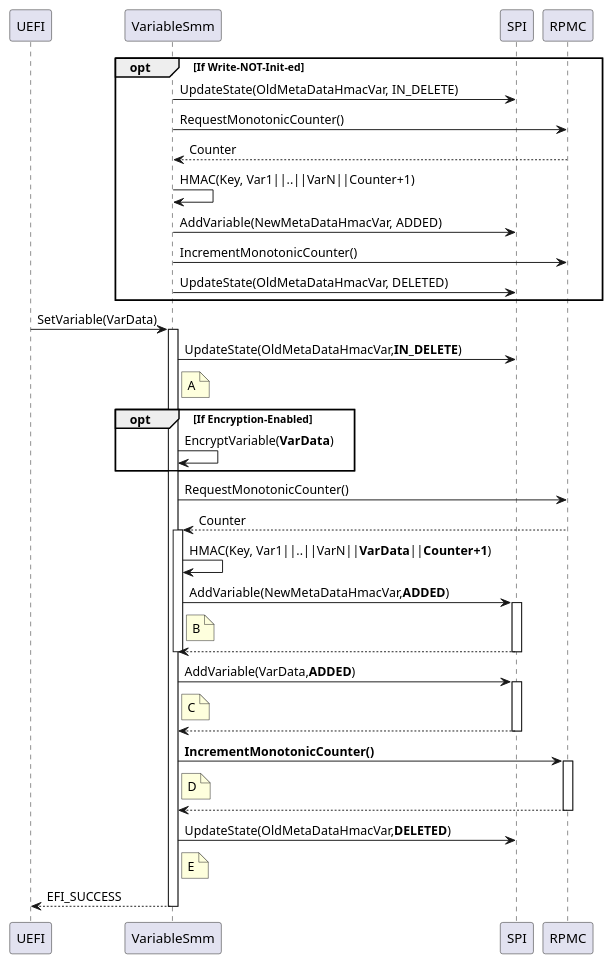
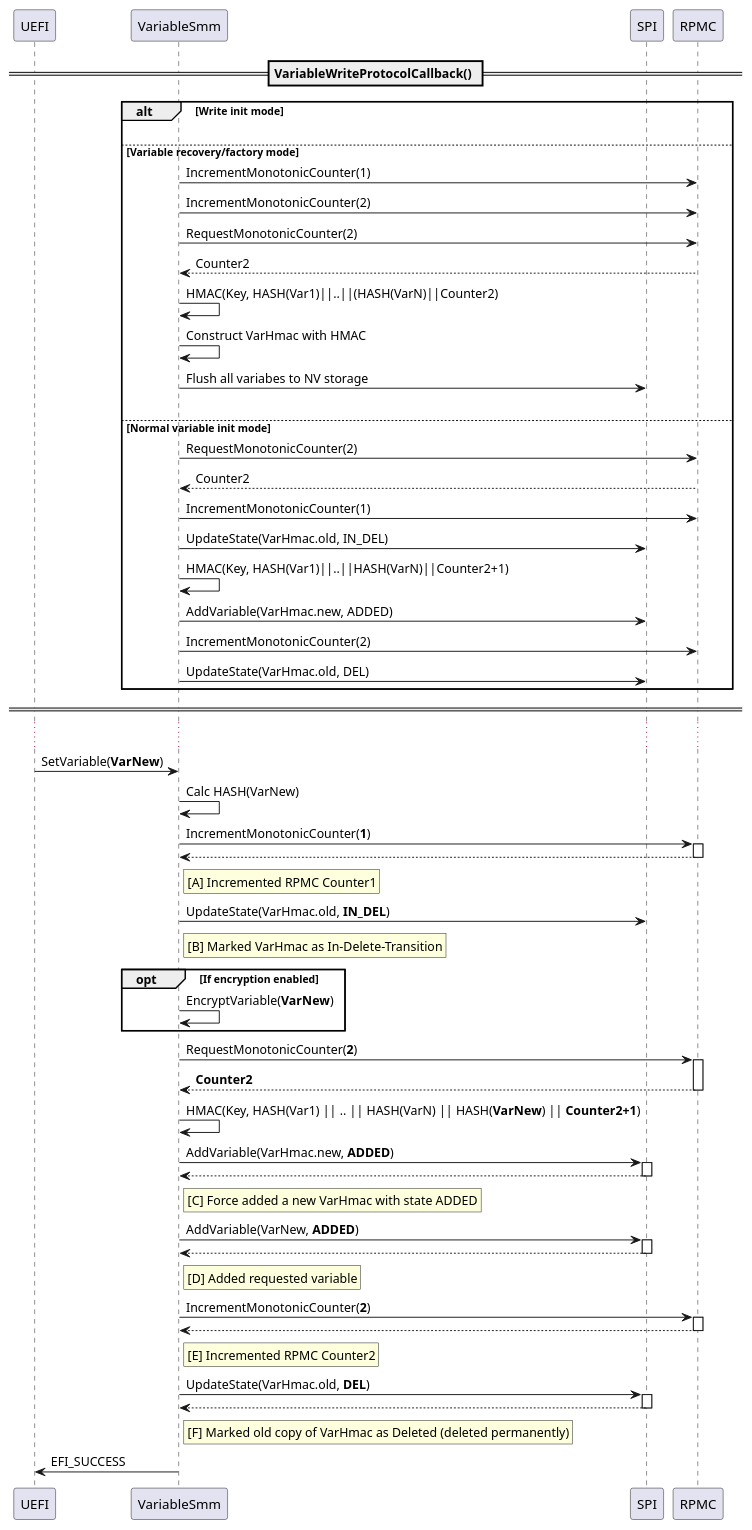
One commit to jwang36/edk2-staging changed the diagram in SetVariable.puml. Above: the diagram before and after it, drawn with PlantUML. The commit also changed 3 other files, not shown here.

Commit message:
ProtectedVariable: updated flow graph

```diff
--- a/SetVariable.puml
+++ b/SetVariable.puml
@@ -1,48 +1,68 @@
 @startuml SetVariable Flow
 participant UEFI
 participant VariableSmm
 participant SPI
 participant RPMC
 
-  opt If Write-NOT-Init-ed
-    VariableSmm -> SPI : UpdateState(OldMetaDataHmacVar, IN_DELETE)
-    VariableSmm -> RPMC : RequestMonotonicCounter()
-    RPMC --> VariableSmm : Counter
-    VariableSmm -> VariableSmm : HMAC(Key, Var1||..||VarN||Counter+1)
-    VariableSmm -> SPI : AddVariable(NewMetaDataHmacVar, ADDED)
-    VariableSmm -> RPMC : IncrementMonotonicCounter()
-    VariableSmm -> SPI : UpdateState(OldMetaDataHmacVar, DELETED)
+  == VariableWriteProtocolCallback() ==
+    alt Write init mode
+      |||
+    else Variable recovery/factory mode
+      VariableSmm -> RPMC : IncrementMonotonicCounter(1)
+      VariableSmm -> RPMC : IncrementMonotonicCounter(2)
+      VariableSmm -> RPMC : RequestMonotonicCounter(2)
+      RPMC --> VariableSmm : Counter2
+      VariableSmm -> VariableSmm : HMAC(Key, HASH(Var1)||..||(HASH(VarN)||Counter2)
+      VariableSmm -> VariableSmm : Construct VarHmac with HMAC
+      VariableSmm -> SPI : Flush all variabes to NV storage
+      |||
+    else Normal variable init mode
+      VariableSmm -> RPMC : RequestMonotonicCounter(2)
+      RPMC --> VariableSmm : Counter2
+      VariableSmm -> RPMC : IncrementMonotonicCounter(1)
+      VariableSmm -> SPI : UpdateState(VarHmac.old, IN_DEL)
+      VariableSmm -> VariableSmm : HMAC(Key, HASH(Var1)||..||HASH(VarN)||Counter2+1)
+      VariableSmm -> SPI : AddVariable(VarHmac.new, ADDED)
+      VariableSmm -> RPMC : IncrementMonotonicCounter(2)
+      VariableSmm -> SPI : UpdateState(VarHmac.old, DEL)
+    end
+  ====
+
+  ...
+  UEFI -> VariableSmm: SetVariable(**VarNew**)
+
+  VariableSmm -> VariableSmm: Calc HASH(VarNew)
+
+  VariableSmm -> RPMC ++: IncrementMonotonicCounter(**1**)
+  return
+  rnote right of VariableSmm: [A] Incremented RPMC Counter1
+
+  VariableSmm -> SPI : UpdateState(VarHmac.old, **IN_DEL**)
+  rnote right of VariableSmm: [B] Marked VarHmac as In-Delete-Transition
+
+  opt If encryption enabled
+    VariableSmm -> VariableSmm : EncryptVariable(**VarNew**)
   end
 
-  UEFI -> VariableSmm ++ : SetVariable(VarData)
+  VariableSmm -> RPMC ++: RequestMonotonicCounter(**2**)
+  return **Counter2**
 
-  VariableSmm -> SPI : UpdateState(OldMetaDataHmacVar,**IN_DELETE**)
-  note right of VariableSmm : A
+  VariableSmm -> VariableSmm: HMAC(Key, HASH(Var1) || .. || HASH(VarN) || HASH(**VarNew**) || **Counter2+1**)
+  VariableSmm -> SPI ++ : AddVariable(VarHmac.new, **ADDED**)
+  return
+  rnote right of VariableSmm: [C] Force added a new VarHmac with state ADDED
 
-  opt If Encryption-Enabled
-    VariableSmm -> VariableSmm : EncryptVariable(**VarData**)
-  end
+  VariableSmm -> SPI ++ : AddVariable(VarNew, **ADDED**)
+  return
+  rnote right of VariableSmm: [D] Added requested variable
 
-  VariableSmm -> RPMC : RequestMonotonicCounter()
-  RPMC --> VariableSmm : Counter
+  VariableSmm -> RPMC ++ : IncrementMonotonicCounter(**2**)
+  return
+  rnote right of VariableSmm: [E] Incremented RPMC Counter2
 
-  activate VariableSmm
-  VariableSmm -> VariableSmm : HMAC(Key, Var1||..||VarN||**VarData**||**Counter+1**)
-  VariableSmm -> SPI ++ : AddVariable(NewMetaDataHmacVar,**ADDED**)
-  note right of VariableSmm : B
+  VariableSmm -> SPI ++: UpdateState(VarHmac.old, **DEL**)
   return
-  deactivate VariableSmm
+  rnote right of VariableSmm: [F] Marked old copy of VarHmac as Deleted (deleted permanently)
 
-  VariableSmm -> SPI ++ : AddVariable(VarData,**ADDED**)
-  note right of VariableSmm : C
-  return
-
-  VariableSmm -> RPMC ++ : **IncrementMonotonicCounter()**
-  note right of VariableSmm : D
-  return
-
-  VariableSmm -> SPI : UpdateState(OldMetaDataHmacVar,**DELETED**)
-  note right of VariableSmm : E
-
-  return EFI_SUCCESS
+  VariableSmm -> UEFI: EFI_SUCCESS
 @enduml
```
